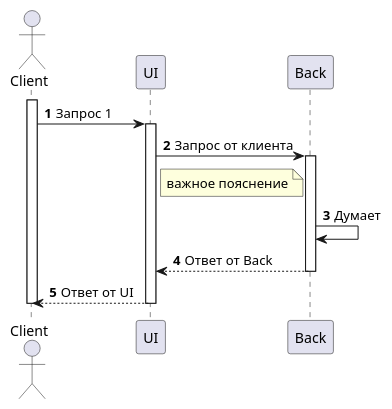
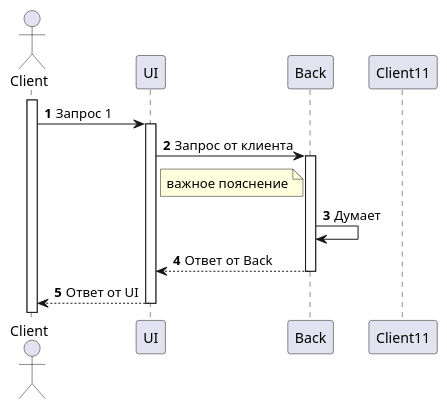
Before and after one commit to cadet155i/umldiagramm: the diagram in test.plantuml, drawn with PlantUML.

```diff
--- a/test.plantuml
+++ b/test.plantuml
@@ -1,27 +1,27 @@
 @startuml test_name
     autonumber
 
     actor Client
     
     participant UI
     participant Back
 
     activate Client
       Client -> UI: Запрос 1
 
     activate UI
       UI -> Back: Запрос от клиента
 
     activate Back
     
       note right of UI: важное пояснение
       
       Back -> Back: Думает
       UI <-- Back: Ответ от Back
 
     deactivate Back
       Client <-- UI: Ответ от UI
 
     deactivate UI
-    deactivate Client
+    deactivate Client11
 @enduml
```
